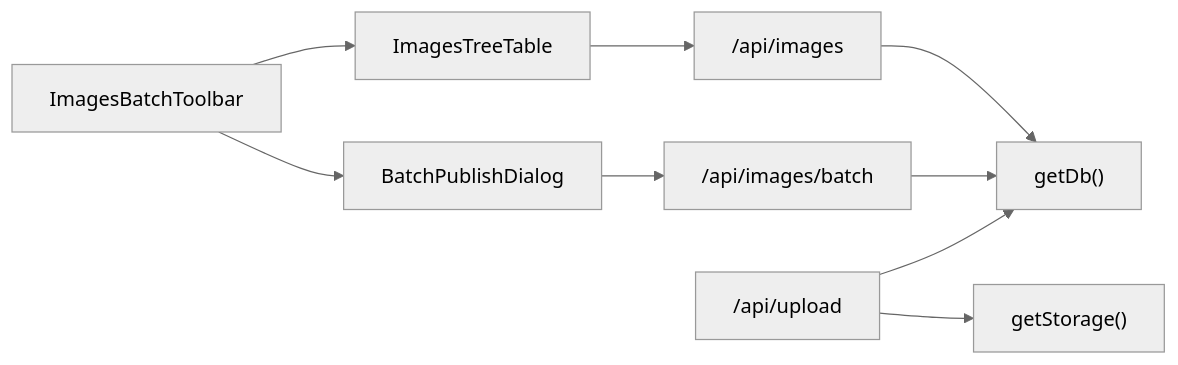
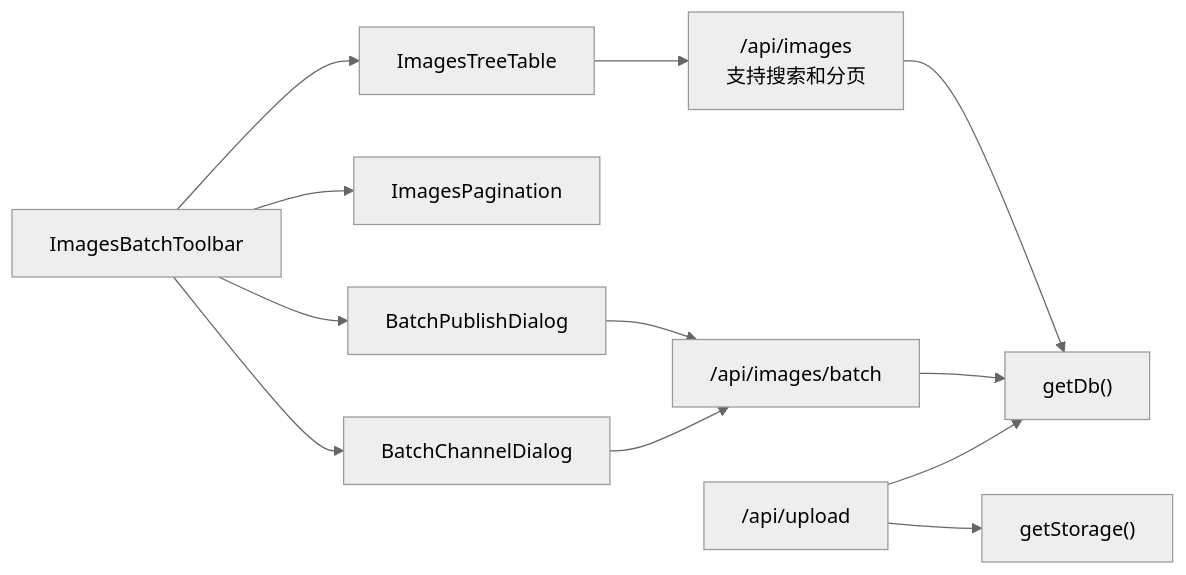
One commit to pnnh/weable changed diagram 14 of 14 in .qoder/repowiki/zh/content/功能特性/图片管理/批量图片管理.md. Above: the diagram before and after it, drawn with Mermaid (neutral theme). The commit also changed other lines of this file and 154 other files, not shown here.

````diff
--- a/.qoder/repowiki/zh/content/功能特性/图片管理/批量图片管理.md
+++ b/.qoder/repowiki/zh/content/功能特性/图片管理/批量图片管理.md
@@ -478,11 +563,14 @@
 ```mermaid
 graph LR
 Toolbar["ImagesBatchToolbar"] --> Table["ImagesTreeTable"]
+Toolbar --> Pagination["ImagesPagination"]
 Toolbar --> PubDlg["BatchPublishDialog"]
-Table --> API_IMG["/api/images"]
+Toolbar --> ChDlg["BatchChannelDialog"]
+Table --> API_IMG["/api/images<br/>支持搜索和分页"]
 PubDlg --> API_BATCH["/api/images/batch"]
+ChDlg --> API_BATCH
 API_IMG --> DB["getDb()"]
 API_BATCH --> DB
 API_UPLOAD["/api/upload"] --> STORE["getStorage()"]
 API_UPLOAD --> DB
 ```
````
